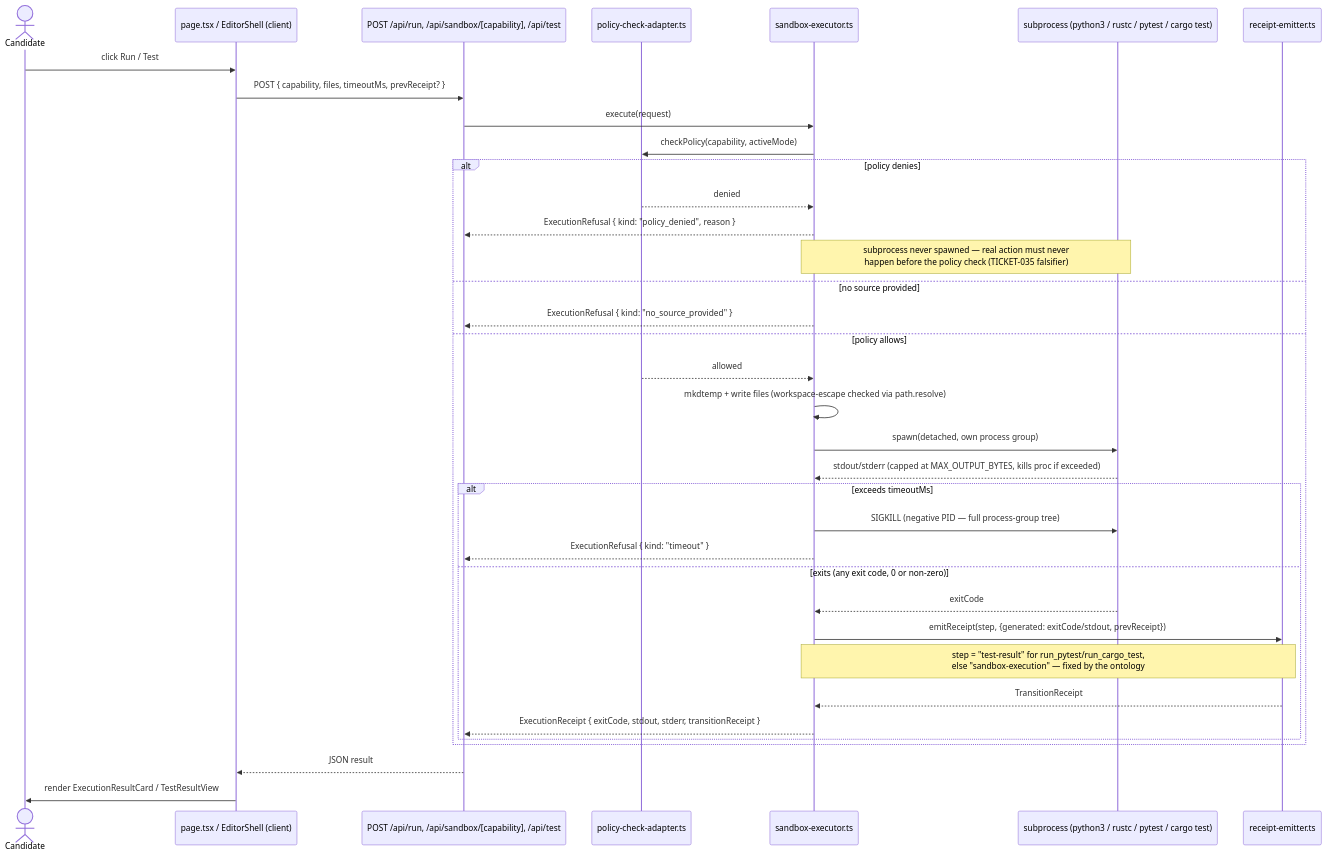
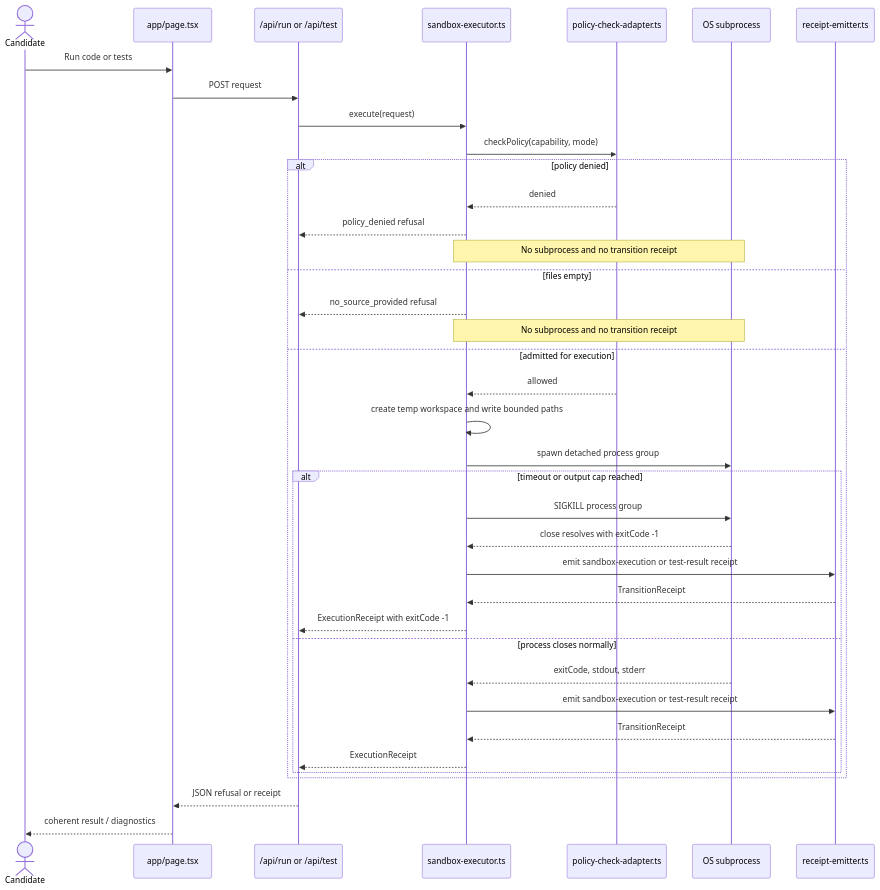
One commit to seanchatmangpt/wasm4pm changed the first of 2 diagrams in docs/diagrams/sequence-sandbox-execution.md. Above: the diagram before and after it, drawn with Mermaid. The commit also changed other lines of this file, not shown here.

Commit message:
docs: correct sandbox execution sequence

````diff
--- a/docs/diagrams/sequence-sandbox-execution.md
+++ b/docs/diagrams/sequence-sandbox-execution.md
@@ -7,42 +18,44 @@
 ```mermaid
 sequenceDiagram
     actor Candidate
-    participant Page as page.tsx / EditorShell (client)
-    participant Route as POST /api/run, /api/sandbox/[capability], /api/test
+    participant Page as app/page.tsx
+    participant Route as /api/run or /api/test
+    participant Exec as sandbox-executor.ts
     participant Policy as policy-check-adapter.ts
-    participant Exec as sandbox-executor.ts
-    participant Proc as subprocess (python3 / rustc / pytest / cargo test)
+    participant Proc as OS subprocess
     participant Receipt as receipt-emitter.ts
 
-    Candidate->>Page: click Run / Test
-    Page->>Route: POST { capability, files, timeoutMs, prevReceipt? }
+    Candidate->>Page: Run code or tests
+    Page->>Route: POST request
     Route->>Exec: execute(request)
-    Exec->>Policy: checkPolicy(capability, activeMode)
+    Exec->>Policy: checkPolicy(capability, mode)
 
-    alt policy denies
+    alt policy denied
         Policy-->>Exec: denied
-        Exec-->>Route: ExecutionRefusal { kind: "policy_denied", reason }
-        Note over Exec,Proc: subprocess never spawned — real action must never<br/>happen before the policy check (TICKET-035 falsifier)
-    else no source provided
-        Exec-->>Route: ExecutionRefusal { kind: "no_source_provided" }
-    else policy allows
+        Exec-->>Route: policy_denied refusal
+        Note over Exec,Proc: No subprocess and no transition receipt
+    else files empty
+        Exec-->>Route: no_source_provided refusal
+        Note over Exec,Proc: No subprocess and no transition receipt
+    else admitted for execution
         Policy-->>Exec: allowed
-        Exec->>Exec: mkdtemp + write files (workspace-escape checked via path.resolve)
-        Exec->>Proc: spawn(detached, own process group)
-        Proc-->>Exec: stdout/stderr (capped at MAX_OUTPUT_BYTES, kills proc if exceeded)
+        Exec->>Exec: create temp workspace and write bounded paths
+        Exec->>Proc: spawn detached process group
 
-        alt exceeds timeoutMs
-            Exec->>Proc: SIGKILL (negative PID — full process-group tree)
-            Exec-->>Route: ExecutionRefusal { kind: "timeout" }
-        else exits (any exit code, 0 or non-zero)
-            Proc-->>Exec: exitCode
-            Exec->>Receipt: emitReceipt(step, {generated: exitCode/stdout, prevReceipt})
-            Note over Exec,Receipt: step = "test-result" for run_pytest/run_cargo_test,<br/>else "sandbox-execution" — fixed by the ontology
+        alt timeout or output cap reached
+            Exec->>Proc: SIGKILL process group
+            Proc-->>Exec: close resolves with exitCode -1
+            Exec->>Receipt: emit sandbox-execution or test-result receipt
             Receipt-->>Exec: TransitionReceipt
-            Exec-->>Route: ExecutionReceipt { exitCode, stdout, stderr, transitionReceipt }
+            Exec-->>Route: ExecutionReceipt with exitCode -1
+        else process closes normally
+            Proc-->>Exec: exitCode, stdout, stderr
+            Exec->>Receipt: emit sandbox-execution or test-result receipt
+            Receipt-->>Exec: TransitionReceipt
+            Exec-->>Route: ExecutionReceipt
         end
     end
 
-    Route-->>Page: JSON result
-    Page->>Candidate: render ExecutionResultCard / TestResultView
+    Route-->>Page: JSON refusal or receipt
+    Page-->>Candidate: coherent result / diagnostics
 ```
````
